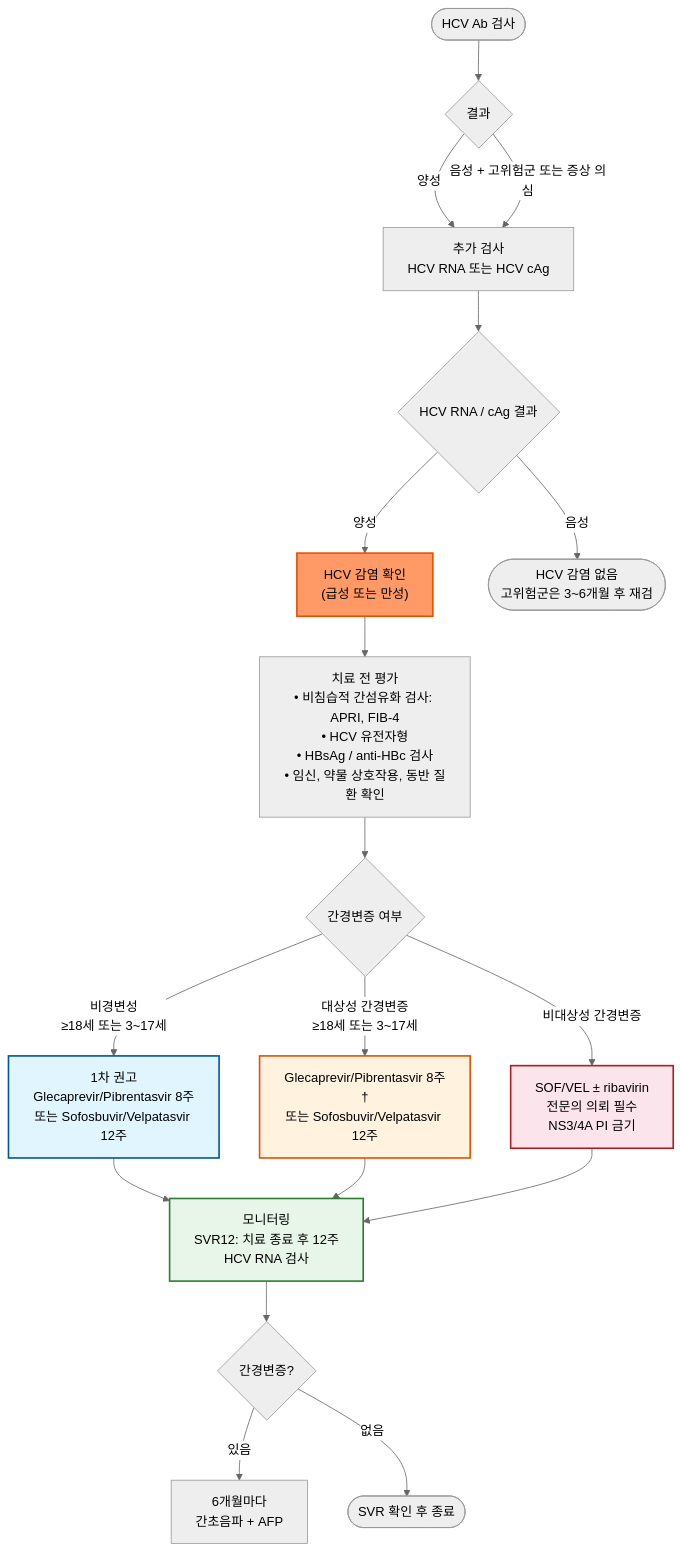
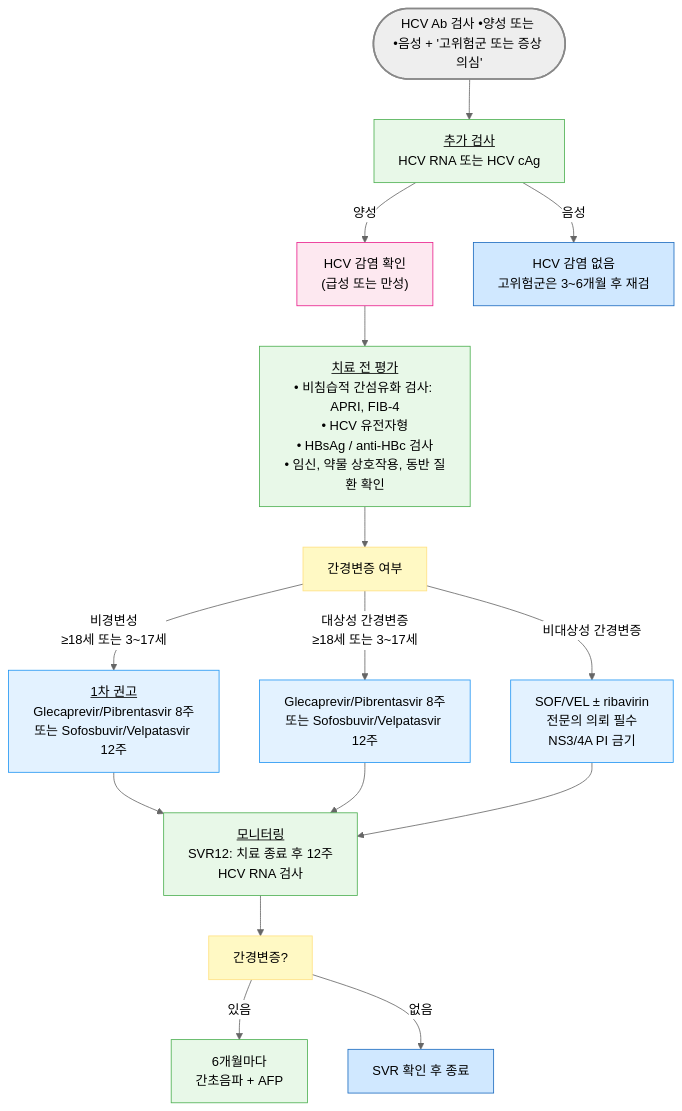
One commit to familyoh77/familyoh77 changed the diagram in 224_/092_c-hepatitis-c-viral-infection.md. Above: the diagram before and after it, drawn with Mermaid (neutral theme). The commit also changed other lines of this file, not shown here.

````diff
--- a/224_/092_c-hepatitis-c-viral-infection.md
+++ b/224_/092_c-hepatitis-c-viral-infection.md
@@ -148,25 +123,28 @@
 ```mermaid
 flowchart TD
-    A([HCV Ab 검사]) --> B{결과}
-    B -- "양성" --> C["추가 검사\nHCV RNA 또는 HCV cAg"]
-    B -- "음성 + 고위험군 또는 증상 의심" --> C
-    C --> D{HCV RNA / cAg 결과}
-    D -- "양성" --> E["HCV 감염 확인\n(급성 또는 만성)"]
-    D -- "음성" --> F(["HCV 감염 없음\n고위험군은 3~6개월 후 재검"])
-    E --> G["치료 전 평가\n• 비침습적 간섬유화 검사: APRI, FIB-4\n• HCV 유전자형\n• HBsAg / anti-HBc 검사\n• 임신, 약물 상호작용, 동반 질환 확인"]
-    G --> H{간경변증 여부}
-    H -- "비경변성\n≥18세 또는 3~17세" --> I["1차 권고\nGlecaprevir/Pibrentasvir 8주\n또는 Sofosbuvir/Velpatasvir 12주"]
-    H -- "대상성 간경변증\n≥18세 또는 3~17세" --> J["Glecaprevir/Pibrentasvir 8주†\n또는 Sofosbuvir/Velpatasvir 12주"]
-    H -- "비대상성 간경변증" --> K["SOF/VEL ± ribavirin\n전문의 의뢰 필수\nNS3/4A PI 금기"]
-    I --> L["모니터링\nSVR12: 치료 종료 후 12주\nHCV RNA 검사"]
+    A([HCV Ab 검사 •양성 또는 <br/>•음성 + '고위험군 또는 증상 의심']) --> C[<u>추가 검사</u><br/>HCV RNA 또는 HCV cAg]
+    C -- "양성" --> E["HCV 감염 확인<br/>(급성 또는 만성)"]
+    C -- "음성" --> F["HCV 감염 없음<br/>고위험군은 3~6개월 후 재검"]
+    E --> G["<u>치료 전 평가</u><br/>• 비침습적 간섬유화 검사: APRI, FIB-4<br/>• HCV 유전자형<br/>• HBsAg / anti-HBc 검사<br/>• 임신, 약물 상호작용, 동반 질환 확인"]
+    G --> H[간경변증 여부]
+    H -- "비경변성<br/>≥18세 또는 3~17세" --> I["<u>1차 권고</u><br/>Glecaprevir/Pibrentasvir 8주<br/>또는 Sofosbuvir/Velpatasvir 12주"]
+    H -- "대상성 간경변증<br/>≥18세 또는 3~17세" --> J["Glecaprevir/Pibrentasvir 8주<br/>또는 Sofosbuvir/Velpatasvir 12주"]
+    H -- "비대상성 간경변증" --> K["SOF/VEL ± ribavirin<br/>전문의 의뢰 필수<br/>NS3/4A PI 금기"]
+    I --> L["<u>모니터링</u><br/>SVR12: 치료 종료 후 12주<br/>HCV RNA 검사"]
     J --> L
     K --> L
-    L --> M{간경변증?}
-    M -- "있음" --> N["6개월마다\n간초음파 + AFP"]
-    M -- "없음" --> O(["SVR 확인 후 종료"])
-    style E fill:#f96,stroke:#e65100,stroke-width:2px
-    style I fill:#e1f5fe,stroke:#01579b,stroke-width:2px
-    style J fill:#fff3e0,stroke:#e65100,stroke-width:2px
-    style K fill:#fce4ec,stroke:#b71c1c,stroke-width:2px
-    style L fill:#e8f5e9,stroke:#2e7d32,stroke-width:2px
+    L --> M[간경변증?]
+    M -- "있음" --> N["6개월마다<br/>간초음파 + AFP"]
+    M -- "없음" --> O["SVR 확인 후 종료"]
+
+style A fill:#eeeeee,stroke:#888888,stroke-width:2px
+classDef yellow fill:#fff9c4,stroke:#ffe082
+class B,D,H,M yellow
+classDef blue fill:#d0e8ff,stroke:#1a6abf
+class F,O blue
+classDef lightGreen fill:#e8f8e8,stroke:#4caf50
+class N,L,G,C lightGreen
+classDef sky fill:#e3f2ff,stroke:#2196f3
+class I,J,K sky
+style E fill:#fde8f0,stroke:#e91e8c
 ```
````
